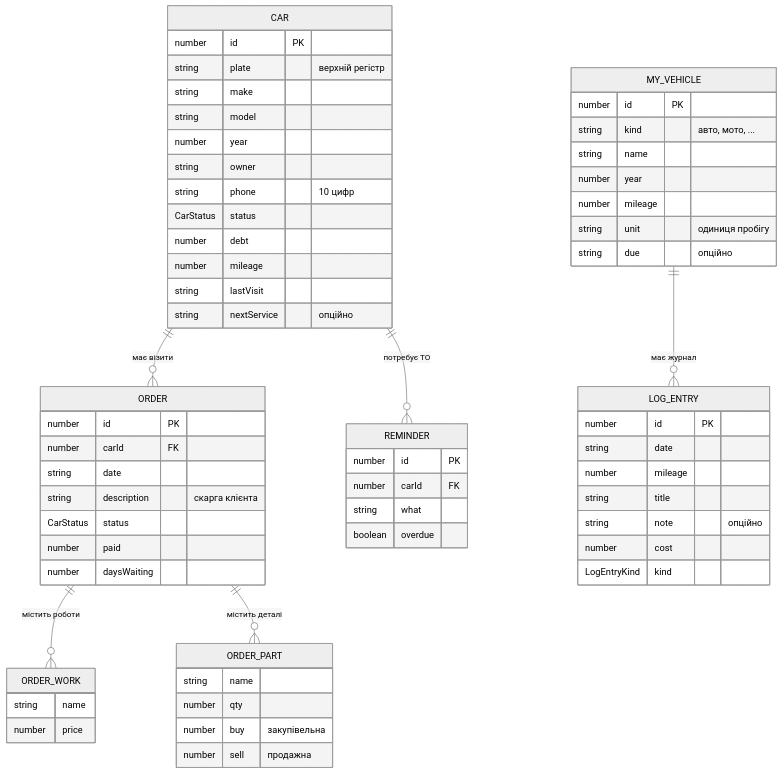
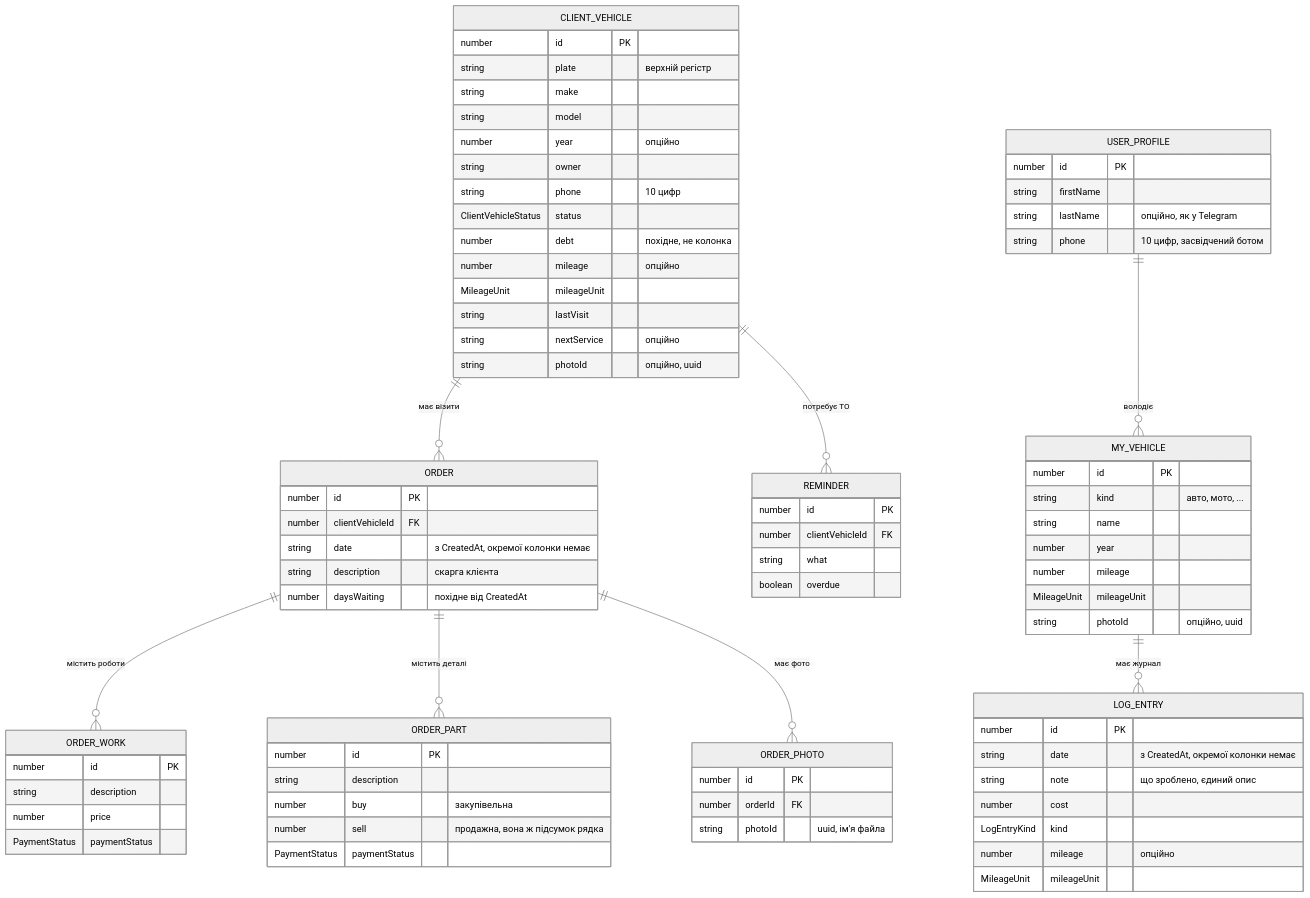
The diagram in docs/atlas/03-data-model.md (maksymkrat/GarageOS), drawn with Mermaid (neutral theme) before and after one commit. The commit also changed other lines of this file and 262 other files, not shown here.

First line of the commit message:
repo: перший пуш робочого стану — від входу через Telegram до фото

````diff
--- a/docs/atlas/03-data-model.md
+++ b/docs/atlas/03-data-model.md
@@ -8,51 +8,56 @@
 ```mermaid
 erDiagram
-    CAR ||--o{ ORDER : "має візити"
-    CAR ||--o{ REMINDER : "потребує ТО"
+    CLIENT_VEHICLE ||--o{ ORDER : "має візити"
+    CLIENT_VEHICLE ||--o{ REMINDER : "потребує ТО"
     ORDER ||--o{ ORDER_WORK : "містить роботи"
     ORDER ||--o{ ORDER_PART : "містить деталі"
+    ORDER ||--o{ ORDER_PHOTO : "має фото"
     MY_VEHICLE ||--o{ LOG_ENTRY : "має журнал"
+    USER_PROFILE ||--o{ MY_VEHICLE : "володіє"
 
-    CAR {
+    CLIENT_VEHICLE {
         number id PK
         string plate "верхній регістр"
         string make
         string model
-        number year
+        number year "опційно"
         string owner
         string phone "10 цифр"
-        CarStatus status
-        number debt
-        number mileage
+        ClientVehicleStatus status
+        number debt "похідне, не колонка"
+        number mileage "опційно"
+        MileageUnit mileageUnit
         string lastVisit
         string nextService "опційно"
+        string photoId "опційно, uuid"
     }
 
     ORDER {
         number id PK
-        number carId FK
-        string date
+        number clientVehicleId FK
+        string date "з CreatedAt, окремої колонки немає"
         string description "скарга клієнта"
-        CarStatus status
-        number paid
-        number daysWaiting
+        number daysWaiting "похідне від CreatedAt"
     }
 
     ORDER_WORK {
-        string name
+        number id PK
+        string description
         number price
+        PaymentStatus paymentStatus
     }
 
     ORDER_PART {
-        string name
-        number qty
+        number id PK
+        string description
         number buy "закупівельна"
-        number sell "продажна"
+        number sell "продажна, вона ж підсумок рядка"
+        PaymentStatus paymentStatus
     }
 
     REMINDER {
         number id PK
-        number carId FK
+        number clientVehicleId FK
         string what
         boolean overdue
     }
@@ -63,17 +68,30 @@
         string name
         number year
         number mileage
-        string unit "одиниця пробігу"
-        string due "опційно"
+        MileageUnit mileageUnit
+        string photoId "опційно, uuid"
+    }
+
+    ORDER_PHOTO {
+        number id PK
+        number orderId FK
+        string photoId "uuid, ім'я файла"
     }
 
     LOG_ENTRY {
         number id PK
-        string date
-        number mileage
-        string title
-        string note "опційно"
+        string date "з CreatedAt, окремої колонки немає"
+        string note "що зроблено, єдиний опис"
         number cost
         LogEntryKind kind
+        number mileage "опційно"
+        MileageUnit mileageUnit
+    }
+
+    USER_PROFILE {
+        number id PK
+        string firstName
+        string lastName "опційно, як у Telegram"
+        string phone "10 цифр, засвідчений ботом"
     }
 ```
````
